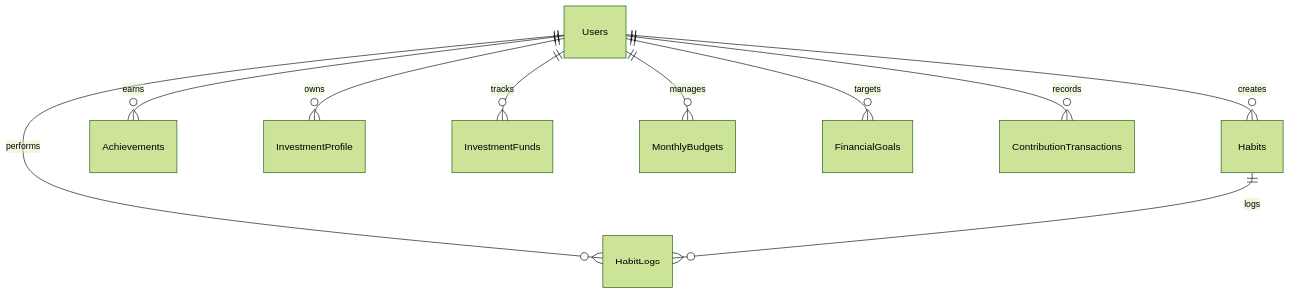
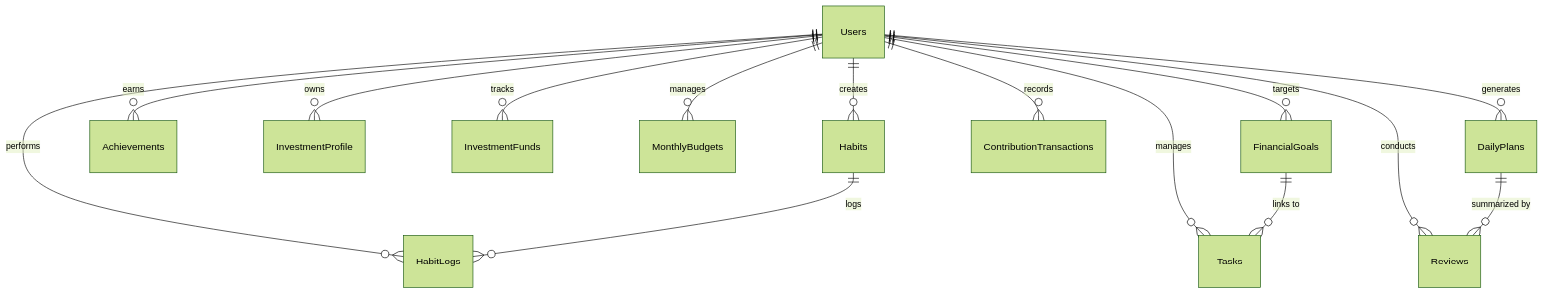
The diagram in google-sheets-schema.md (vishumodidev/RoutineTargetCompletion), drawn with Mermaid (forest theme) before and after one commit. The commit also changed other lines of this file and 42 other files, not shown here.

````diff
--- a/google-sheets-schema.md
+++ b/google-sheets-schema.md
@@ -168,12 +244,17 @@
 ```mermaid
 erDiagram
     Users ||--o{ Habits : "creates"
     Users ||--o{ HabitLogs : "performs"
     Users ||--o{ Achievements : "earns"
     Users ||--o{ InvestmentProfile : "owns"
     Users ||--o{ InvestmentFunds : "tracks"
     Users ||--o{ MonthlyBudgets : "manages"
     Users ||--o{ FinancialGoals : "targets"
     Users ||--o{ ContributionTransactions : "records"
+    Users ||--o{ Tasks : "manages"
+    Users ||--o{ DailyPlans : "generates"
+    Users ||--o{ Reviews : "conducts"
+    DailyPlans ||--o{ Reviews : "summarized by"
+    FinancialGoals ||--o{ Tasks : "links to"
     Habits ||--o{ HabitLogs : "logs"
 ```
````
